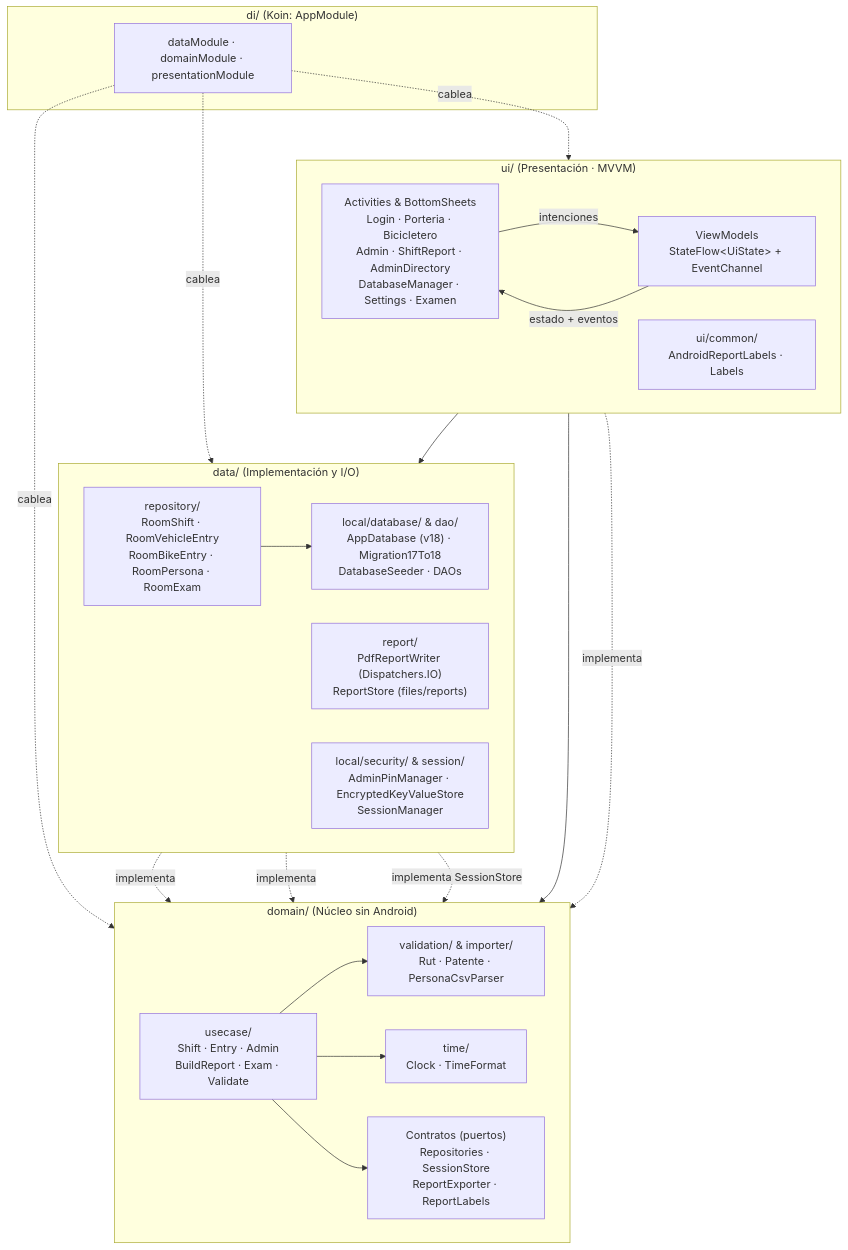
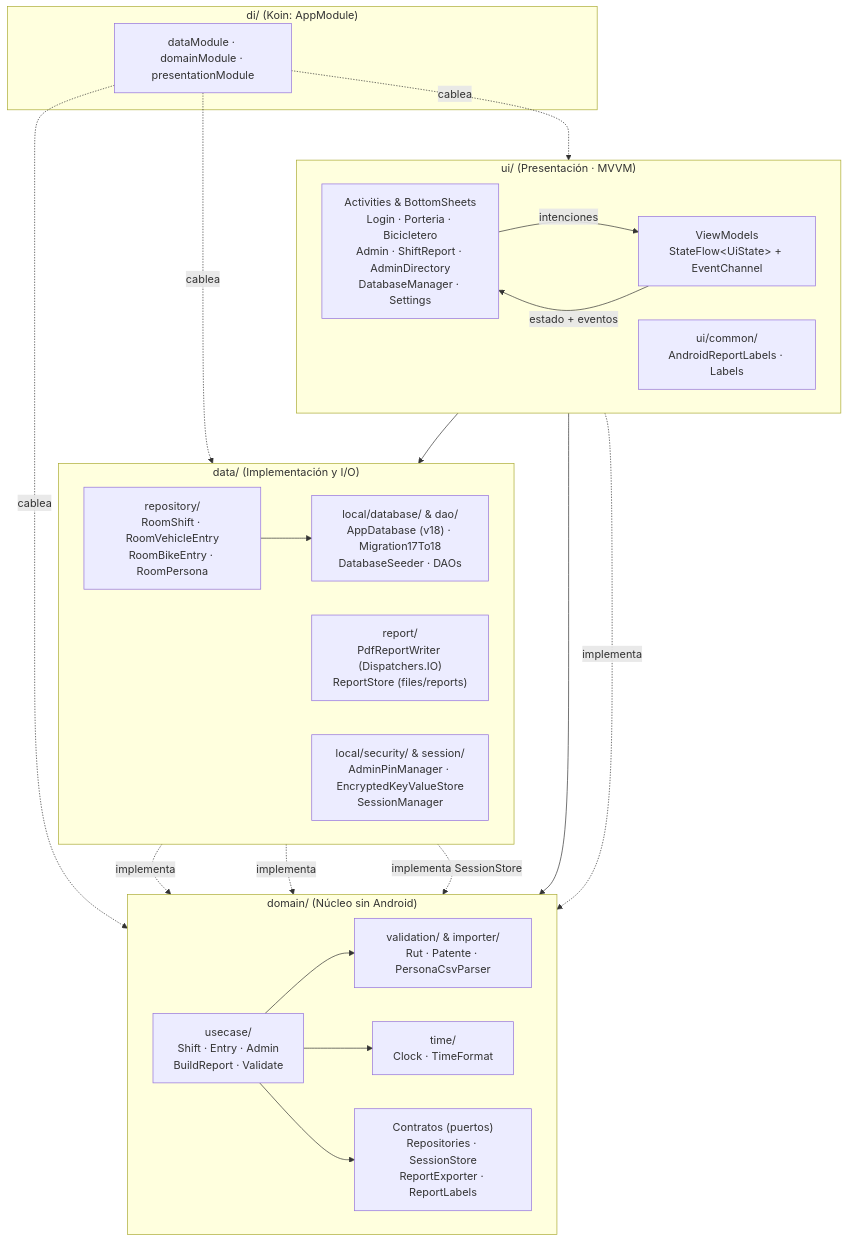
Before and after one commit to dur1al/controlate-android: the second of 12 diagrams in docs/DIAGRAMS.md, drawn with Mermaid. The commit also changed other lines of this file and 106 other files, not shown here.

````diff
--- a/docs/DIAGRAMS.md
+++ b/docs/DIAGRAMS.md
@@ -47,45 +46,45 @@
 ```mermaid
 flowchart TB
     subgraph DI["di/ (Koin: AppModule)"]
         MOD["dataModule · domainModule · presentationModule"]
     end
 
     subgraph UI["ui/ (Presentación · MVVM)"]
         direction LR
-        ACT["Activities & BottomSheets<br/>Login · Porteria · Bicicletero<br/>Admin · ShiftReport · AdminDirectory<br/>DatabaseManager · Settings · Examen"]
+        ACT["Activities & BottomSheets<br/>Login · Porteria · Bicicletero<br/>Admin · ShiftReport · AdminDirectory<br/>DatabaseManager · Settings"]
         VM["ViewModels<br/>StateFlow&lt;UiState&gt; + EventChannel"]
         LBL["ui/common/<br/>AndroidReportLabels · Labels"]
         ACT -->|intenciones| VM
         VM -->|estado + eventos| ACT
     end
 
     subgraph DOMAIN["domain/ (Núcleo sin Android)"]
         direction LR
-        UC["usecase/<br/>Shift · Entry · Admin<br/>BuildReport · Exam · Validate"]
+        UC["usecase/<br/>Shift · Entry · Admin<br/>BuildReport · Validate"]
         VAL["validation/ & importer/<br/>Rut · Patente · PersonaCsvParser"]
         TIME["time/<br/>Clock · TimeFormat"]
         PORT["Contratos (puertos)<br/>Repositories · SessionStore<br/>ReportExporter · ReportLabels"]
         UC --> VAL
         UC --> TIME
         UC --> PORT
     end
 
     subgraph DATA["data/ (Implementación y I/O)"]
         direction LR
         ROOM["local/database/ & dao/<br/>AppDatabase (v18) · Migration17To18<br/>DatabaseSeeder · DAOs"]
-        REPO["repository/<br/>RoomShift · RoomVehicleEntry<br/>RoomBikeEntry · RoomPersona · RoomExam"]
+        REPO["repository/<br/>RoomShift · RoomVehicleEntry<br/>RoomBikeEntry · RoomPersona"]
         PDF["report/<br/>PdfReportWriter (Dispatchers.IO)<br/>ReportStore (files/reports)"]
         SEC["local/security/ & session/<br/>AdminPinManager · EncryptedKeyValueStore<br/>SessionManager"]
         REPO --> ROOM
     end
 
     VM --> UC
     VM --> SEC
     REPO -. implementa .-> PORT
     PDF -. implementa .-> PORT
     LBL -. implementa .-> PORT
     SEC -. implementa SessionStore .-> PORT
     MOD -. cablea .-> UI
     MOD -. cablea .-> DOMAIN
     MOD -. cablea .-> DATA
 ```
````
